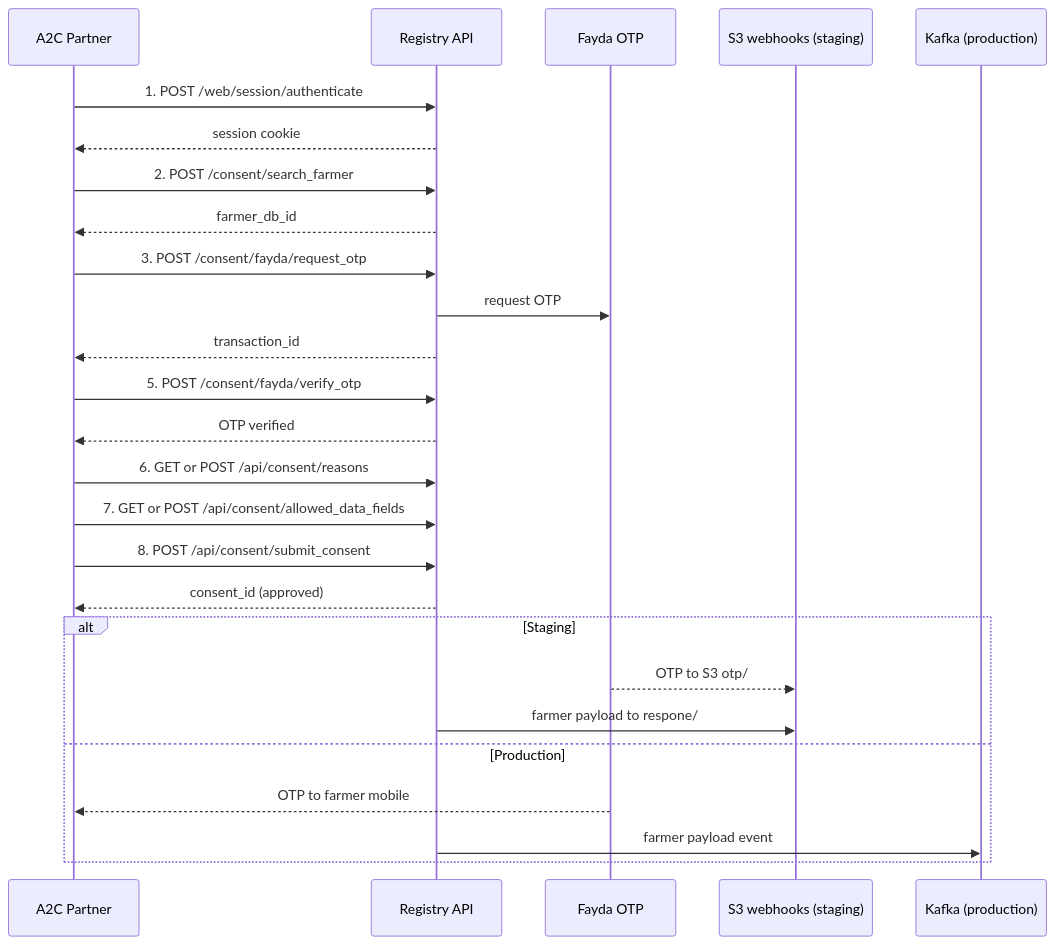
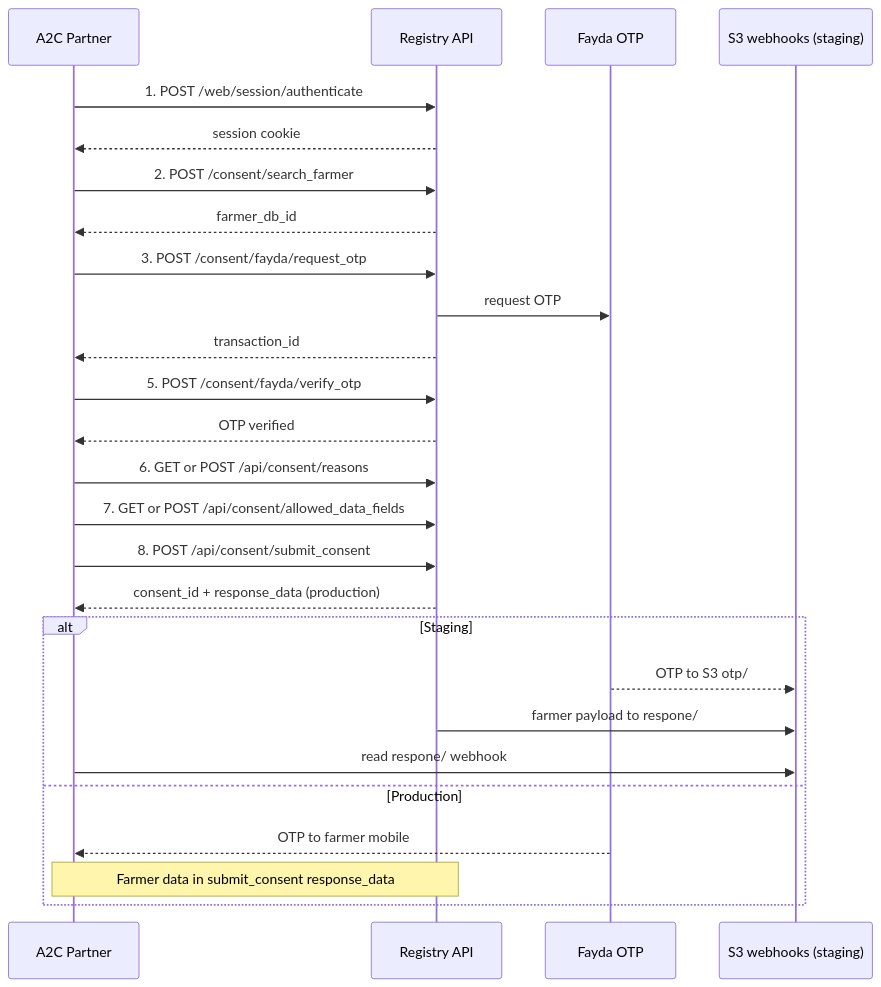
One commit to Centre-for-Open-Societal-Systems/oan_ethiopia_bank_api_docs changed the diagram in consent_management_postman_registry_a2c.md. Above: the diagram before and after it, drawn with Mermaid. The commit also changed other lines of this file and 4 other files, not shown here.

Commit message:
Updated docs for new requirements by COOP for returning the farmer data in the consent submission response.

````diff
--- a/consent_management_postman_registry_a2c.md
+++ b/consent_management_postman_registry_a2c.md
@@ -75,34 +76,34 @@
 ```mermaid
 sequenceDiagram
     participant Partner as A2C Partner
     participant Registry as Registry API
     participant Fayda as Fayda OTP
     participant Staging as S3 webhooks (staging)
-    participant Kafka as Kafka (production)
 
     Partner->>Registry: 1. POST /web/session/authenticate
     Registry-->>Partner: session cookie
 
     Partner->>Registry: 2. POST /consent/search_farmer
     Registry-->>Partner: farmer_db_id
 
     Partner->>Registry: 3. POST /consent/fayda/request_otp
     Registry->>Fayda: request OTP
     Registry-->>Partner: transaction_id
 
     Partner->>Registry: 5. POST /consent/fayda/verify_otp
     Registry-->>Partner: OTP verified
 
     Partner->>Registry: 6. GET or POST /api/consent/reasons
     Partner->>Registry: 7. GET or POST /api/consent/allowed_data_fields
     Partner->>Registry: 8. POST /api/consent/submit_consent
-    Registry-->>Partner: consent_id (approved)
+    Registry-->>Partner: consent_id + response_data (production)
 
     alt Staging
         Fayda-->>Staging: OTP to S3 otp/
         Registry->>Staging: farmer payload to respone/
+        Partner->>Staging: read respone/ webhook
     else Production
         Fayda-->>Partner: OTP to farmer mobile
-        Registry->>Kafka: farmer payload event
+        Note over Partner,Registry: Farmer data in submit_consent response_data
     end
 ```
````
